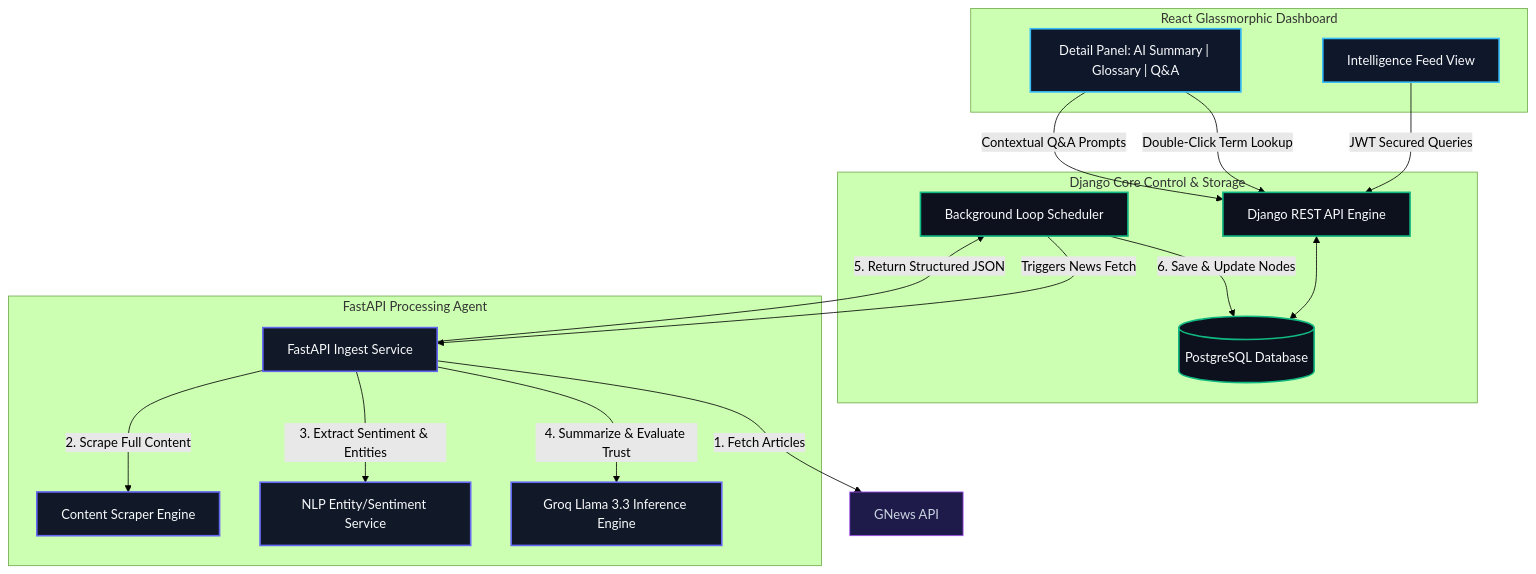
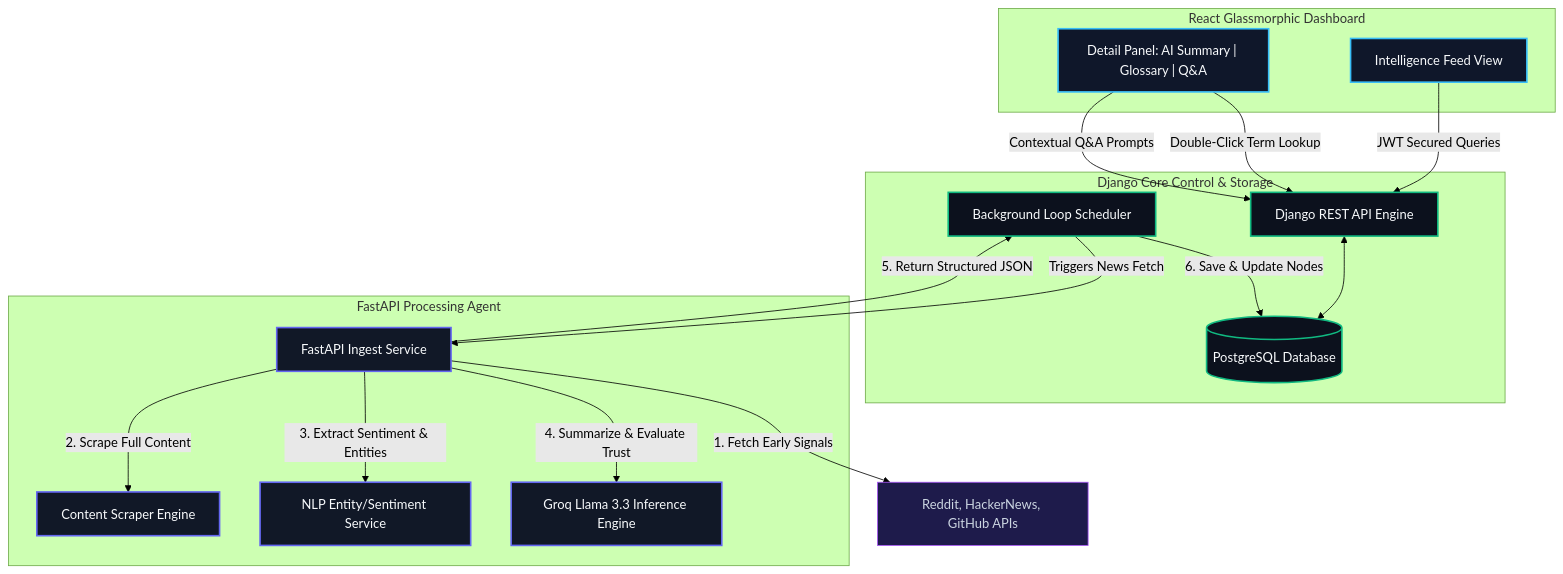
Before and after one commit to SHAIK-FIRDOS-01/SignalReport-Enterprise-AI-News-Analyst: the diagram in README.md, drawn with Mermaid (forest theme). The commit also changed other lines of this file and 19 other files, not shown here.

````diff
--- a/README.md
+++ b/README.md
@@ -26,38 +28,38 @@
 ```mermaid
 graph TD
     classDef frontend fill:#0f172a,stroke:#38bdf8,stroke-width:2px,color:#f8fafc;
     classDef backend fill:#0c111d,stroke:#10b981,stroke-width:2px,color:#f8fafc;
     classDef service fill:#111827,stroke:#6366f1,stroke-width:2px,color:#f8fafc;
     classDef external fill:#1e1b4b,stroke:#a855f7,stroke-width:1px,color:#cbd5e1;
 
     subgraph FE [React Glassmorphic Dashboard]
         Dashboard["Intelligence Feed View"]:::frontend
         Drawer["Detail Panel: AI Summary | Glossary | Q&A"]:::frontend
     end
 
     subgraph BE [Django Core Control & Storage]
         API["Django REST API Engine"]:::backend
         DB[(PostgreSQL Database)]:::backend
         Scheduler["Background Loop Scheduler"]:::backend
     end
 
     subgraph MS [FastAPI Processing Agent]
         FastAPIApp["FastAPI Ingest Service"]:::service
         Scraper["Content Scraper Engine"]:::service
         NLP["NLP Entity/Sentiment Service"]:::service
         Groq["Groq Llama 3.3 Inference Engine"]:::service
     end
 
     Dashboard -->|JWT Secured Queries| API
     Drawer -->|Double-Click Term Lookup| API
     Drawer -->|Contextual Q&A Prompts| API
     API <--> DB
     
     Scheduler -->|Triggers News Fetch| FastAPIApp
-    FastAPIApp -->|1. Fetch Articles| GNews["GNews API"]:::external
+    FastAPIApp -->|1. Fetch Early Signals| Sources["Reddit, HackerNews, GitHub APIs"]:::external
     FastAPIApp -->|2. Scrape Full Content| Scraper
     FastAPIApp -->|3. Extract Sentiment & Entities| NLP
     FastAPIApp -->|4. Summarize & Evaluate Trust| Groq
     FastAPIApp -->|5. Return Structured JSON| Scheduler
     Scheduler -->|6. Save & Update Nodes| DB
 ```
````
